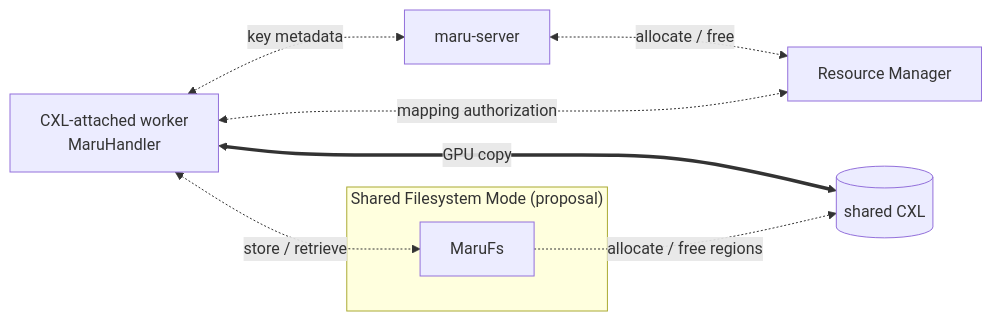
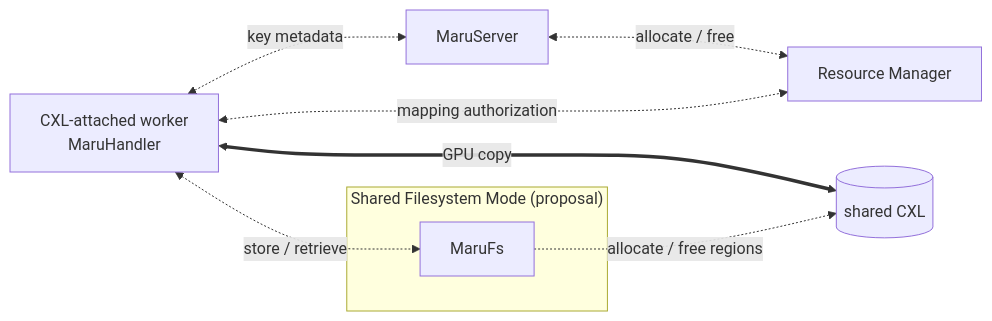
Before and after one commit to xcena-dev/maru: the diagram in docs/source/design_doc/architecture_overview.md, drawn with Mermaid. The commit also changed other lines of this file and 38 other files, not shown here.

````diff
--- a/docs/source/design_doc/architecture_overview.md
+++ b/docs/source/design_doc/architecture_overview.md
@@ -38,13 +31,13 @@
 ```mermaid
 flowchart LR
-    W["CXL-attached worker<br/>MaruHandler"] <-.->|"key metadata"| S["maru-server"]
+    W["CXL-attached worker<br/>MaruHandler"] <-.->|"key metadata"| S["MaruServer"]
     S <-.->|"allocate / free"| R["Resource Manager"]
     W <-.->|"mapping authorization"| R
     W <==>|"GPU copy"| P[("shared CXL")]
 
     subgraph Filesystem["Shared Filesystem Mode (proposal)"]
         FS["MaruFs"]
     end
     W <-.->|"store / retrieve"| FS
     FS -.->|"allocate / free regions"| P
 ```
````
